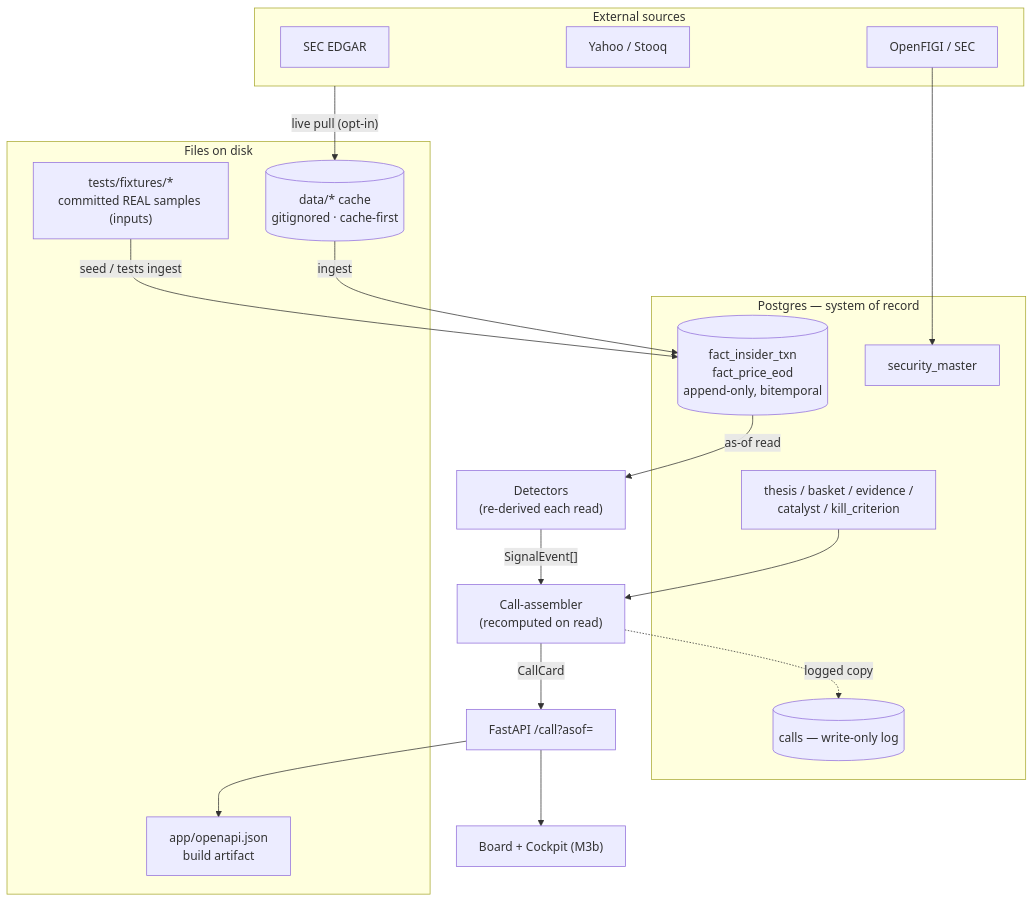
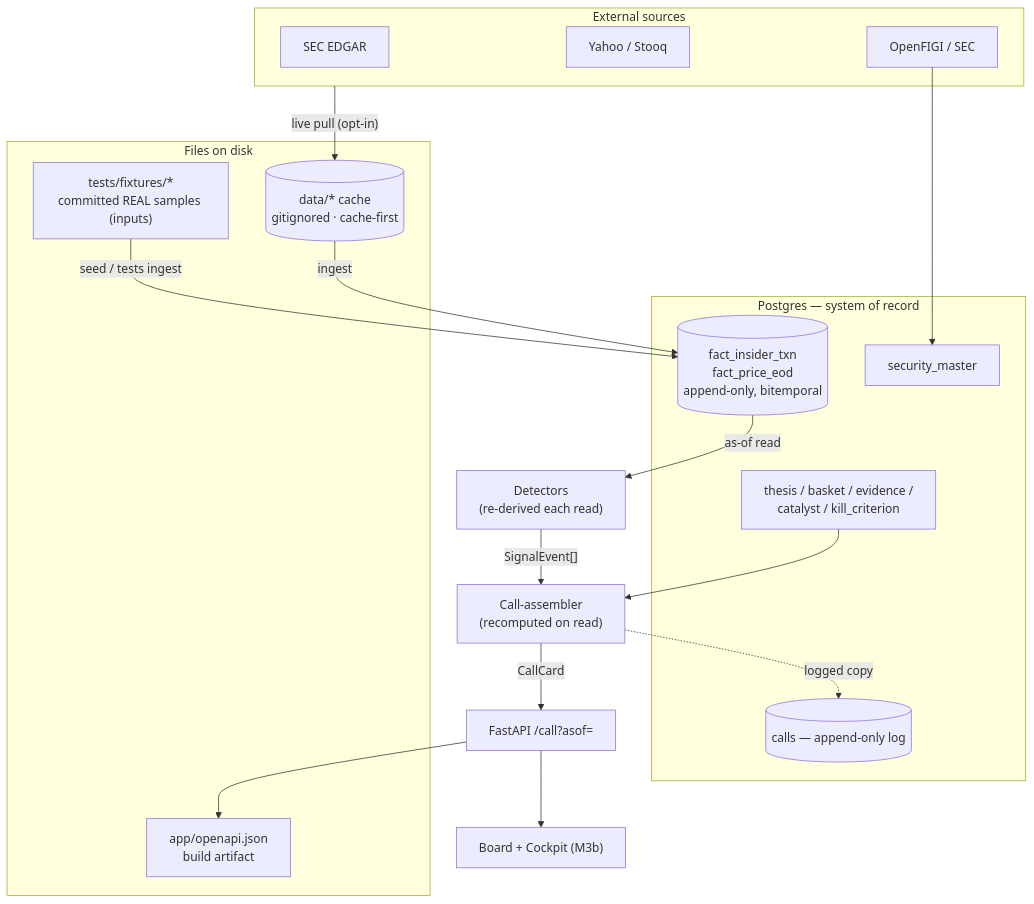
Before and after one commit to oakwoodgates/alphadeck: the diagram in docs/DATA_FLOW.md, drawn with Mermaid. The commit also changed other lines of this file and 5 other files, not shown here.

First line of the commit message:
Pre-M3b fixes: ThesisDetail wire schema, single-source CI deps, doc nit

````diff
--- a/docs/DATA_FLOW.md
+++ b/docs/DATA_FLOW.md
@@ -54,28 +54,28 @@
 ```mermaid
 flowchart TD
     subgraph SRC["External sources"]
       EDGAR["SEC EDGAR"]; YH["Yahoo / Stooq"]; FIGI["OpenFIGI / SEC"]
     end
     subgraph DISK["Files on disk"]
       FIX["tests/fixtures/*<br/>committed REAL samples (inputs)"]
       CACHE[("data/*  cache<br/>gitignored · cache-first")]
       OAPI["app/openapi.json<br/>build artifact"]
     end
     subgraph DB["Postgres — system of record"]
       SM["security_master"]
       FACTS[("fact_insider_txn<br/>fact_price_eod<br/>append-only, bitemporal")]
       SPINE["thesis / basket / evidence /<br/>catalyst / kill_criterion"]
-      CALLS[("calls — write-only log")]
+      CALLS[("calls — append-only log")]
     end
     SRC -->|"live pull (opt-in)"| CACHE
     CACHE -->|ingest| FACTS
     FIX -->|"seed / tests ingest"| FACTS
     FIGI --> SM
     FACTS -->|"as-of read"| DET["Detectors<br/>(re-derived each read)"]
     SPINE --> ASM
     DET -->|"SignalEvent[]"| ASM["Call-assembler<br/>(recomputed on read)"]
     ASM -->|CallCard| API["FastAPI /call?asof="]
     ASM -.->|"logged copy"| CALLS
     API --> UI["Board + Cockpit (M3b)"]
     API --> OAPI
 ```
````
